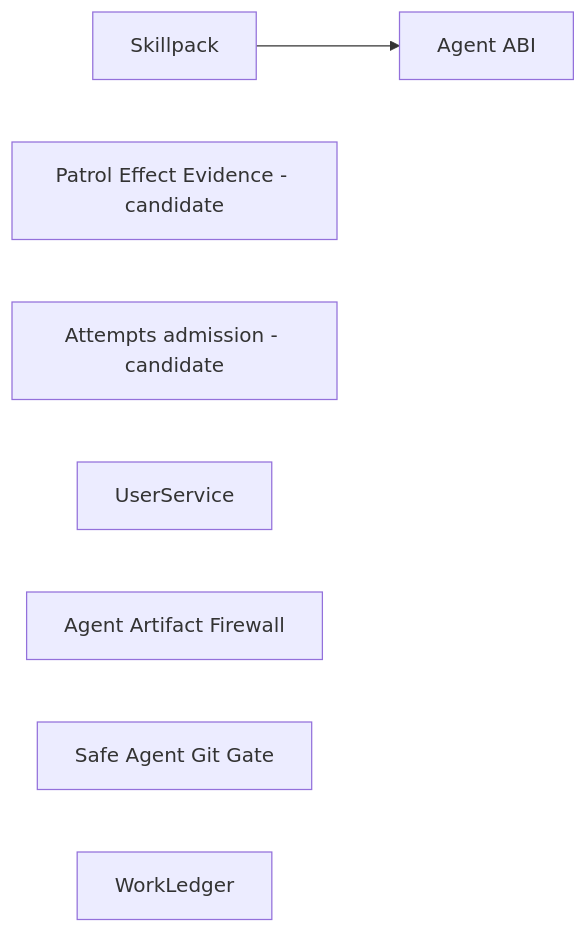
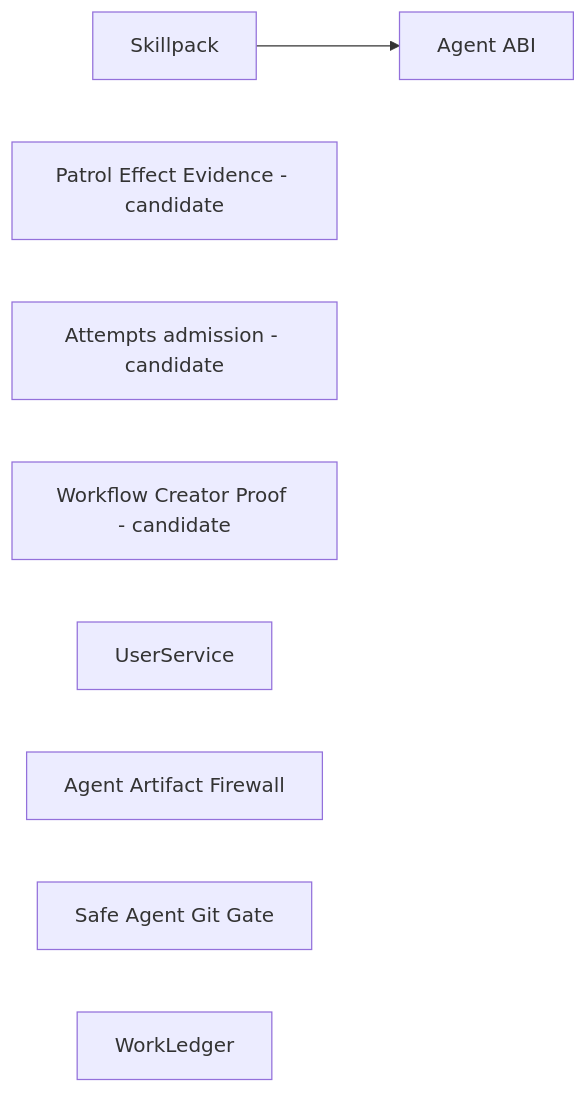
One commit to ivankuznetsov/hive changed the diagram in wiki/component-boundaries.md. Above: the diagram before and after it, drawn with Mermaid. The commit also changed other lines of this file and 11 other files, not shown here.

Commit message:
fix(proof): bind creator installation closure

````diff
--- a/wiki/component-boundaries.md
+++ b/wiki/component-boundaries.md
@@ -47,10 +49,11 @@
 ```mermaid
 flowchart LR
   skillpack[Skillpack] --> agent_abi[Agent ABI]
   patrol_effects[Patrol Effect Evidence - candidate]
   attempts[Attempts admission - candidate]
+  workflow_creator[Workflow Creator Proof - candidate]
   user_service[UserService]
   artifact_firewall[Agent Artifact Firewall]
   git_gate[Safe Agent Git Gate]
   work_ledger[WorkLedger]
 ```
````
